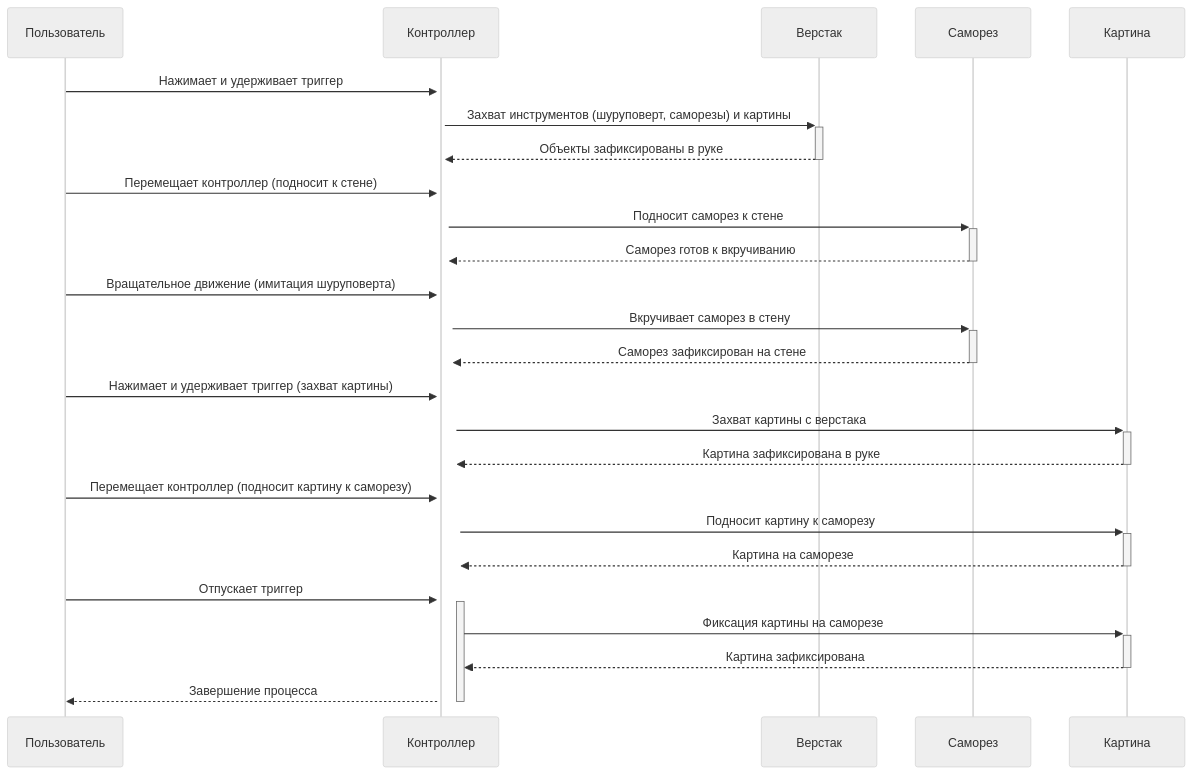
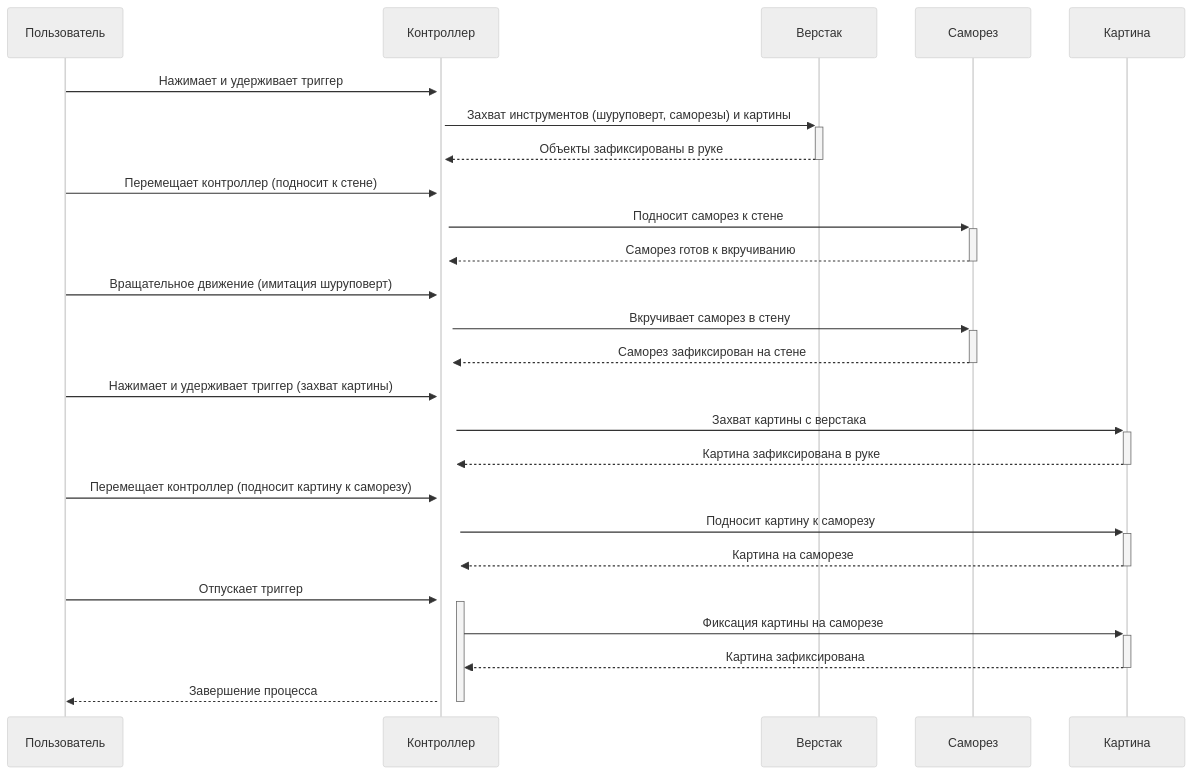
The diagram in all/не называться-1.md (NerdyCep/iodraw-files), drawn with Mermaid (neutral theme) before and after one commit.

Commit message:
2025-02-25 18:23:41 update

````diff
--- a/all/не называться-1.md
+++ b/all/не называться-1.md
@@ -1,29 +1,29 @@
 ```mermaid
 sequenceDiagram
     participant Пользователь
     participant Контроллер
     participant Верстак
     participant Саморез
     participant Картина
     
 
     Пользователь->>+Контроллер: Нажимает и удерживает триггер
     Контроллер->>+Верстак: Захват инструментов (шуруповерт, саморезы) и картины
     Верстак-->>-Контроллер: Объекты зафиксированы в руке
     Пользователь->>+Контроллер: Перемещает контроллер (подносит к стене)
     Контроллер->>+Саморез: Подносит саморез к стене
     Саморез-->>-Контроллер: Саморез готов к вкручиванию
-    Пользователь->>+Контроллер: Вращательное движение (имитация шуруповерта)
+    Пользователь->>+Контроллер: Вращательное движение (имитация шуруповерт)
     Контроллер->>+Саморез: Вкручивает саморез в стену
     Саморез-->>-Контроллер: Саморез зафиксирован на стене
     Пользователь->>+Контроллер: Нажимает и удерживает триггер (захват картины)
     Контроллер->>+Картина: Захват картины с верстака
     Картина-->>-Контроллер: Картина зафиксирована в руке
     Пользователь->>+Контроллер: Перемещает контроллер (подносит картину к саморезу)
     Контроллер->>+Картина: Подносит картину к саморезу
     Картина-->>-Контроллер: Картина на саморезе
     Пользователь->>+Контроллер: Отпускает триггер
     Контроллер->>+Картина: Фиксация картины на саморезе
     Картина-->>-Контроллер: Картина зафиксирована
     Контроллер-->>-Пользователь: Завершение процесса
 ```
````
